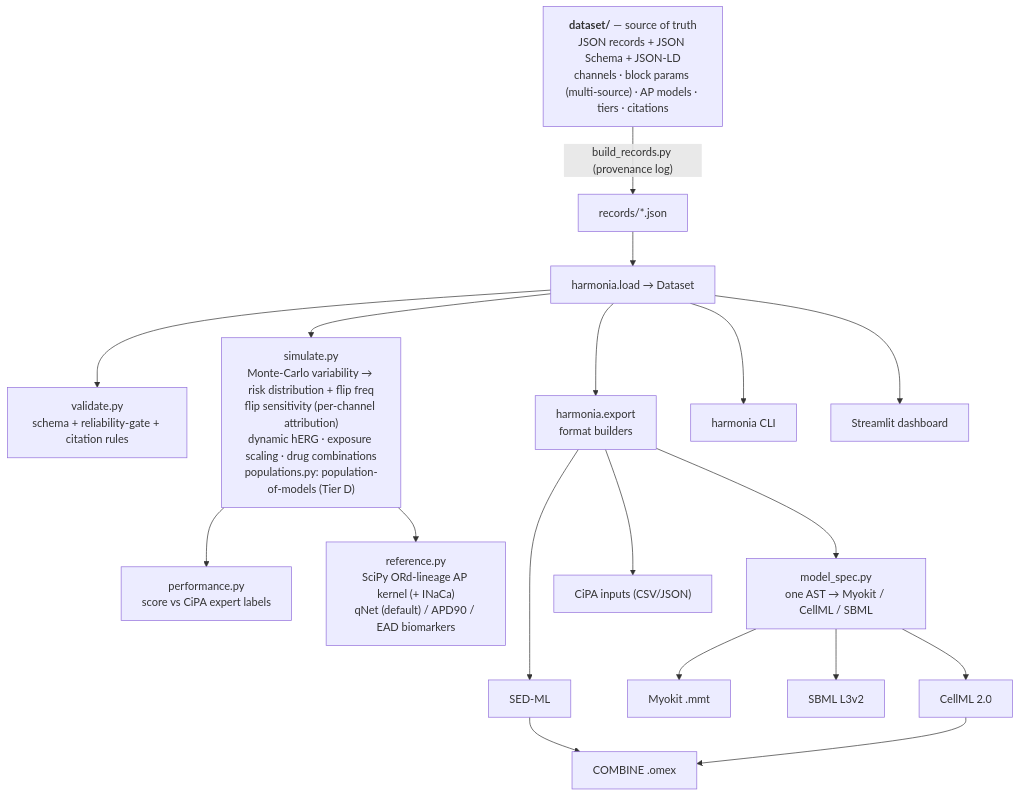
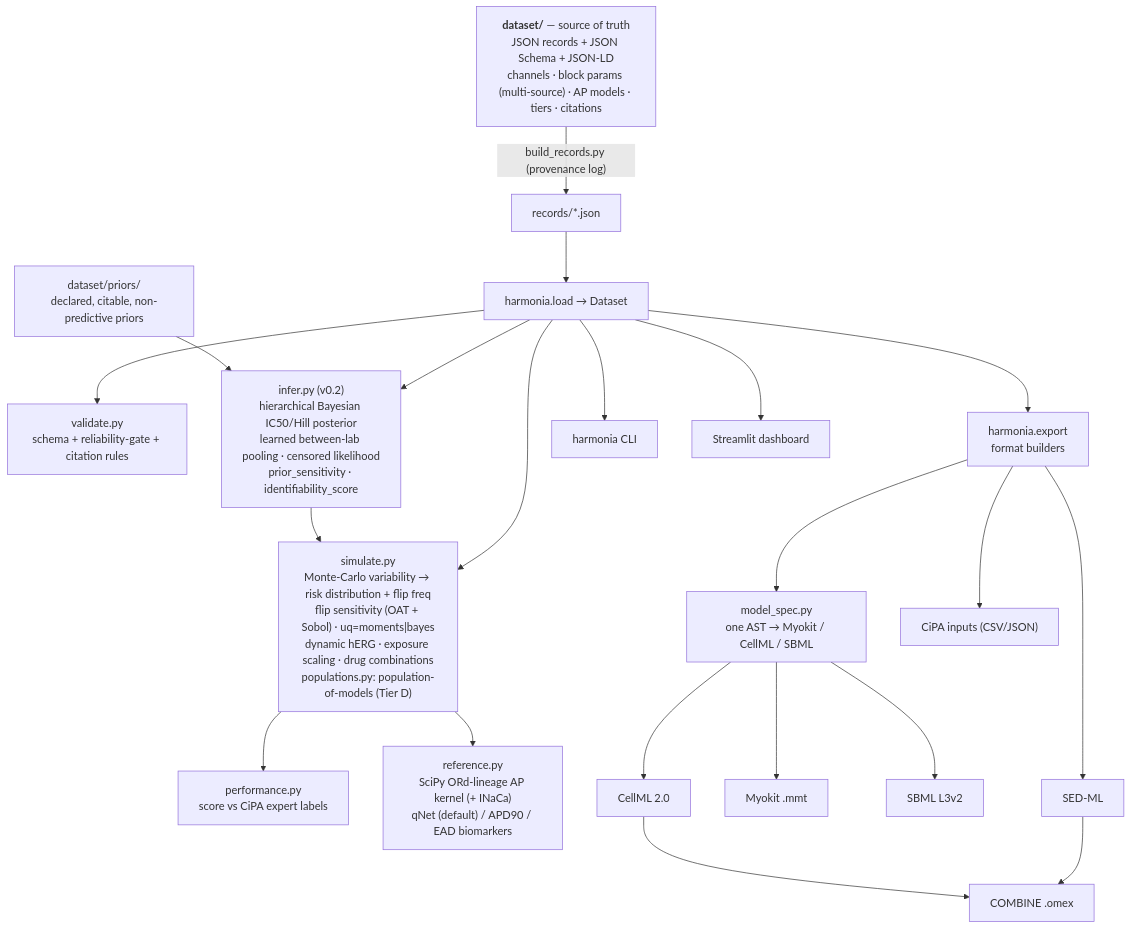
The diagram in README.md (clay-good/harmonia), drawn with Mermaid before and after one commit. The commit also changed other lines of this file and 30 other files, not shown here.

````diff
--- a/README.md
+++ b/README.md
@@ -152,20 +167,23 @@
 ```mermaid
 flowchart TD
     DS["<b>dataset/</b> — source of truth<br/>JSON records + JSON Schema + JSON-LD<br/>channels · block params (multi-source) · AP models · tiers · citations"]
     DS -->|"build_records.py (provenance log)"| REC["records/*.json"]
     REC --> LOAD["harmonia.load → Dataset"]
     LOAD --> VAL["validate.py<br/>schema + reliability-gate + citation rules"]
-    LOAD --> SIM["simulate.py<br/>Monte-Carlo variability → risk distribution + flip freq<br/>flip sensitivity (per-channel attribution)<br/>dynamic hERG · exposure scaling · drug combinations<br/>populations.py: population-of-models (Tier D)"]
+    LOAD --> SIM["simulate.py<br/>Monte-Carlo variability → risk distribution + flip freq<br/>flip sensitivity (OAT + Sobol) · uq=moments|bayes<br/>dynamic hERG · exposure scaling · drug combinations<br/>populations.py: population-of-models (Tier D)"]
+    LOAD --> INFER["infer.py (v0.2)<br/>hierarchical Bayesian IC50/Hill posterior<br/>learned between-lab pooling · censored likelihood<br/>prior_sensitivity · identifiability_score"]
+    PRI["dataset/priors/<br/>declared, citable, non-predictive priors"] --> INFER
+    INFER --> SIM
     LOAD --> EXP["harmonia.export<br/>format builders"]
     SIM --> PERF["performance.py<br/>score vs CiPA expert labels"]
     SIM --> REF["reference.py<br/>SciPy ORd-lineage AP kernel (+ INaCa)<br/>qNet (default) / APD90 / EAD biomarkers"]
     EXP --> SPEC["model_spec.py<br/>one AST → Myokit / CellML / SBML"]
     SPEC --> CELLML["CellML 2.0"]
     SPEC --> MYOKIT["Myokit .mmt"]
     SPEC --> SBML["SBML L3v2"]
     EXP --> CIPA["CiPA inputs (CSV/JSON)"]
     EXP --> SEDML["SED-ML"] --> OMEX["COMBINE .omex"]
     CELLML --> OMEX
     LOAD --> CLI["harmonia CLI"]
     LOAD --> DASH["Streamlit dashboard"]
 ```
````
